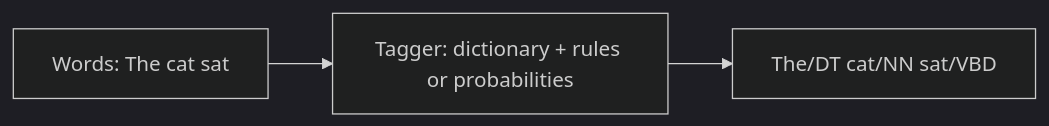
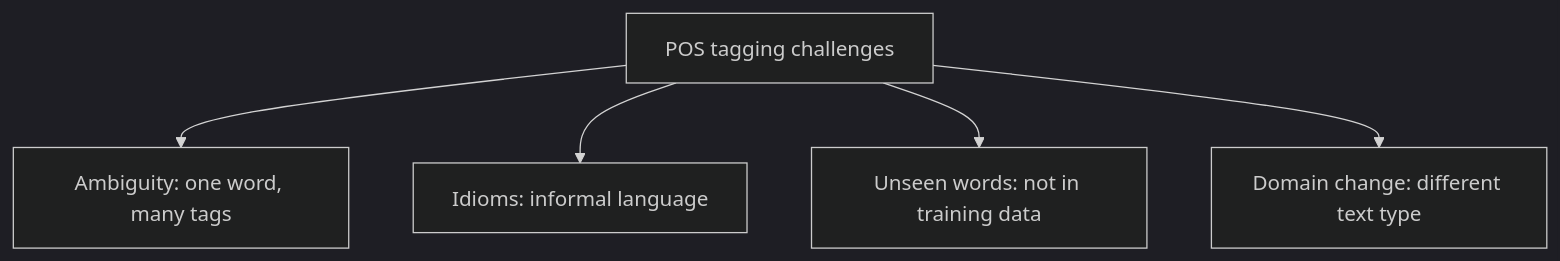
The second of 2 diagrams in content/natural-language-processing/pyq/2022-12-ce/q3c.mdx (TrendySloth1001/sem-seven-notes), drawn with Mermaid (dark theme) before and after one commit. The commit also changed other lines of this file and 406 other files, not shown here.

````diff
--- a/content/natural-language-processing/pyq/2022-12-ce/q3c.mdx
+++ b/content/natural-language-processing/pyq/2022-12-ce/q3c.mdx
@@ -11,5 +32,8 @@
 ```mermaid
-%% caption: A tagger takes words and, using a dictionary and the context, picks one tag for each word.
-flowchart LR
-  W["Words: The cat sat"] --> T["Tagger: dictionary + rules or probabilities"] --> O["The/DT cat/NN sat/VBD"]
+%% caption: The four challenges and what causes each.
+flowchart TD
+  A["POS tagging challenges"] --> B["Ambiguity: one word, many tags"]
+  A --> C["Idioms: informal language"]
+  A --> D["Unseen words: not in training data"]
+  A --> E["Domain change: different text type"]
 ```
````
